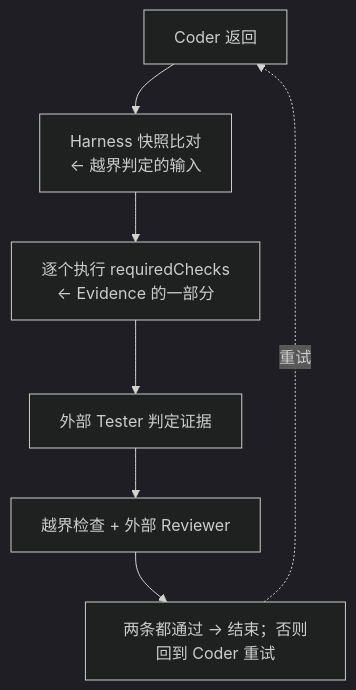
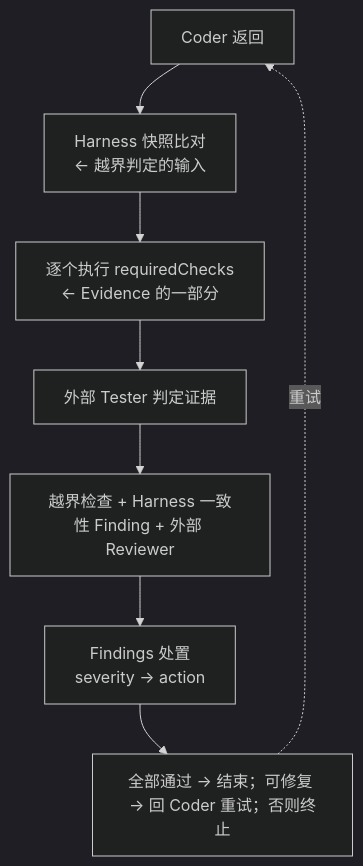
The second of 2 diagrams in docs/architecture/governance.md (pedyc/pedyc-harness), drawn with Mermaid (dark theme) before and after one commit. The commit also changed other lines of this file and 19 other files, not shown here.

````diff
--- a/docs/architecture/governance.md
+++ b/docs/architecture/governance.md
@@ -76,9 +76,10 @@
 ```mermaid
 flowchart TD
   A["Coder 返回"] --> B["Harness 快照比对<br/>← 越界判定的输入"]
   B --> C["逐个执行 requiredChecks<br/>← Evidence 的一部分"]
   C --> D["外部 Tester 判定证据"]
-  D --> E["越界检查 + 外部 Reviewer"]
-  E --> F["两条都通过 → 结束；否则回到 Coder 重试"]
-  F -.重试.-> A
+  D --> E["越界检查 + Harness 一致性 Finding + 外部 Reviewer"]
+  E --> F["Findings 处置<br/>severity → action"]
+  F --> G["全部通过 → 结束；可修复 → 回 Coder 重试；否则终止"]
+  G -.重试.-> A
 ```
````
